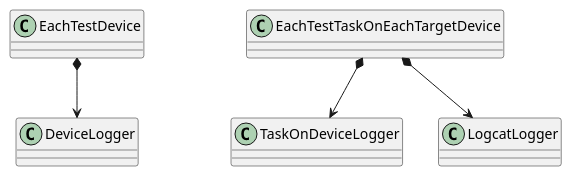
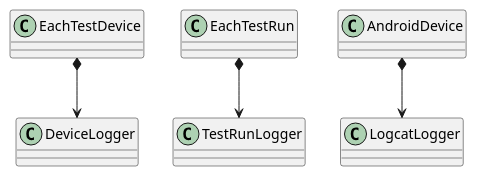
Before and after one commit to microsoft/HydraLab: the second of 2 diagrams in agent/doc/UML/logger_file_design.puml, drawn with PlantUML. The commit also changed other lines of this file and 15 other files, not shown here.

Commit message:
Add a gradle task to generate the UML images And generate existing UMLs

```diff
--- a/agent/doc/UML/logger_file_design.puml
+++ b/agent/doc/UML/logger_file_design.puml
@@ -17,5 +17,5 @@
 @startuml loggers
 EachTestDevice *--> DeviceLogger
-EachTestTaskOnEachTargetDevice *--> TaskOnDeviceLogger
-EachTestTaskOnEachTargetDevice *--> LogcatLogger
+EachTestRun *--> TestRunLogger
+AndroidDevice *--> LogcatLogger
 @enduml
```
